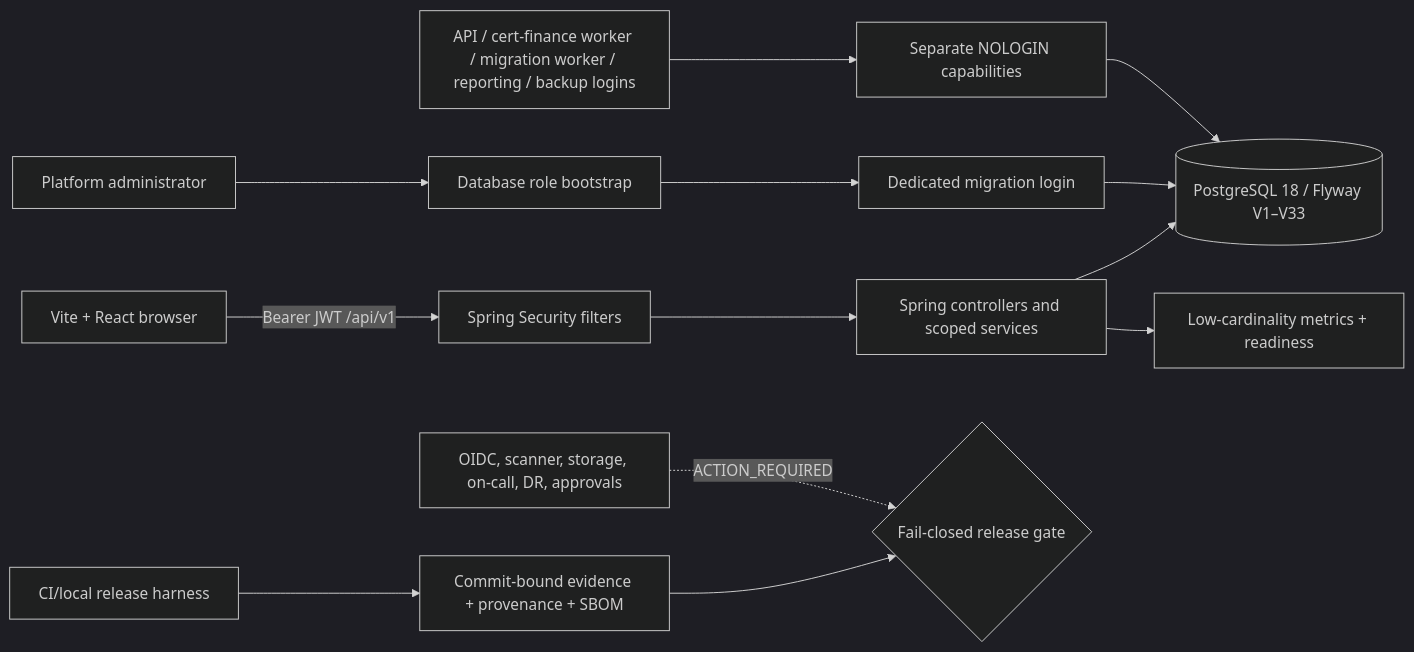
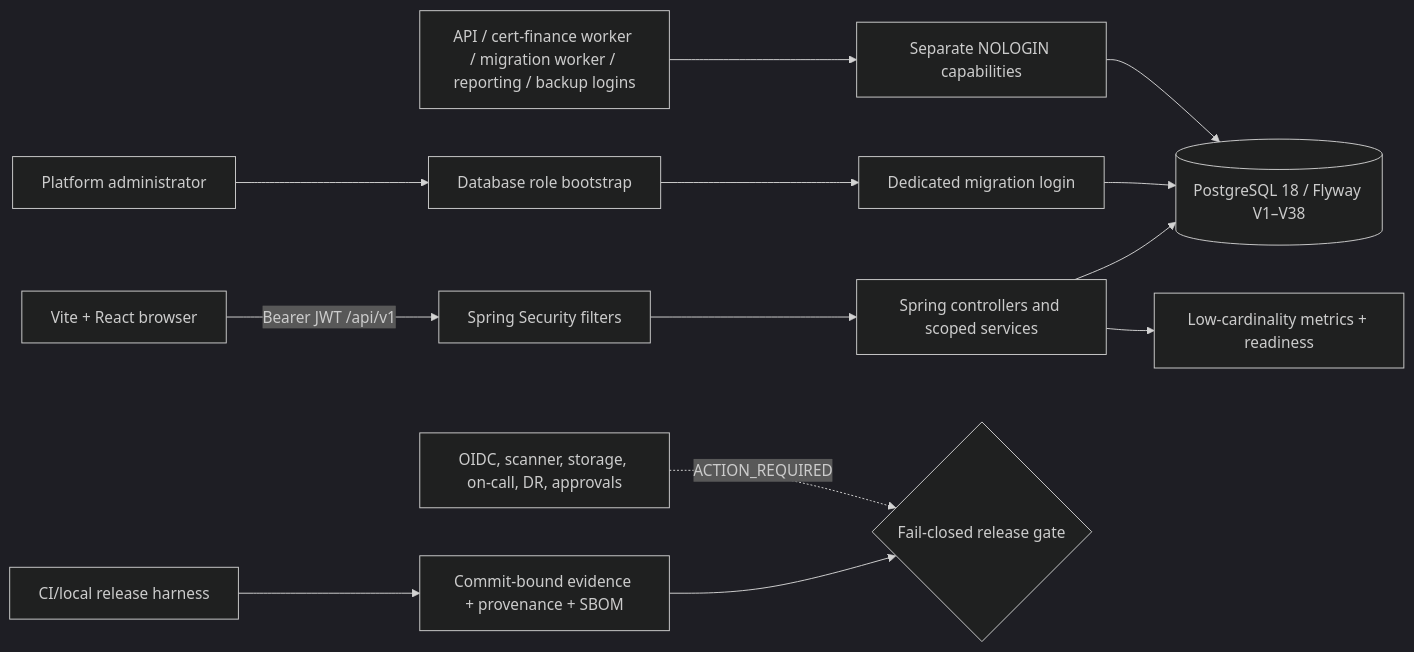
The diagram in docs/features/07-hardening-go-live/ARCHITECTURE.md (arpanm/vms-workflow), drawn with Mermaid (dark theme) before and after one commit. The commit also changed other lines of this file and 107 other files, not shown here.

````diff
--- a/docs/features/07-hardening-go-live/ARCHITECTURE.md
+++ b/docs/features/07-hardening-go-live/ARCHITECTURE.md
@@ -3,15 +3,15 @@
 ```mermaid
 flowchart LR
   Browser["Vite + React browser"] -->|"Bearer JWT /api/v1"| Edge["Spring Security filters"]
   Edge --> API["Spring controllers and scoped services"]
-  API --> PG[("PostgreSQL 18 / Flyway V1–V33")]
+  API --> PG[("PostgreSQL 18 / Flyway V1–V38")]
   API --> Metrics["Low-cardinality metrics + readiness"]
   Admin["Platform administrator"] --> Bootstrap["Database role bootstrap"]
   Bootstrap --> Flyway["Dedicated migration login"]
   Flyway --> PG
   Runtime["API / cert-finance worker / migration worker / reporting / backup logins"] --> Caps["Separate NOLOGIN capabilities"]
   Caps --> PG
   CI["CI/local release harness"] --> Evidence["Commit-bound evidence + provenance + SBOM"]
   Evidence --> Gate{"Fail-closed release gate"}
   External["OIDC, scanner, storage, on-call, DR, approvals"] -. "ACTION_REQUIRED" .-> Gate
 ```
````
